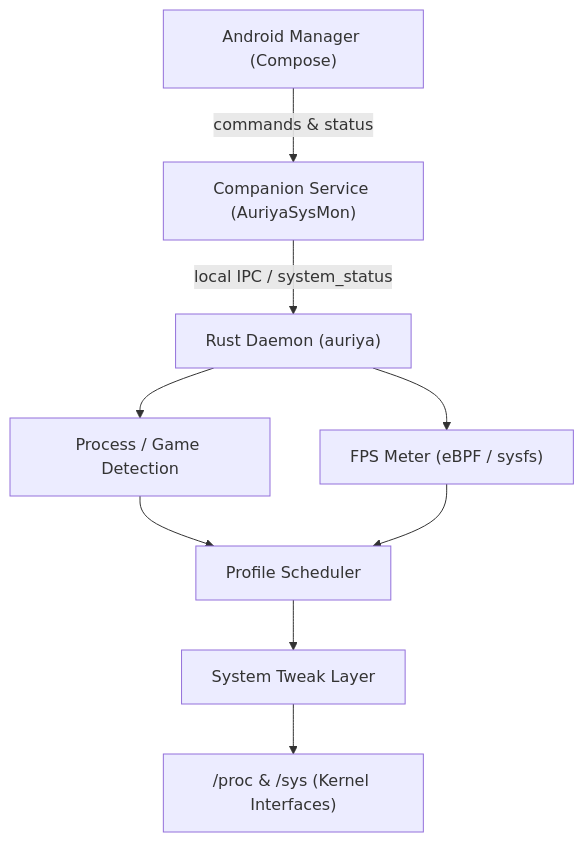
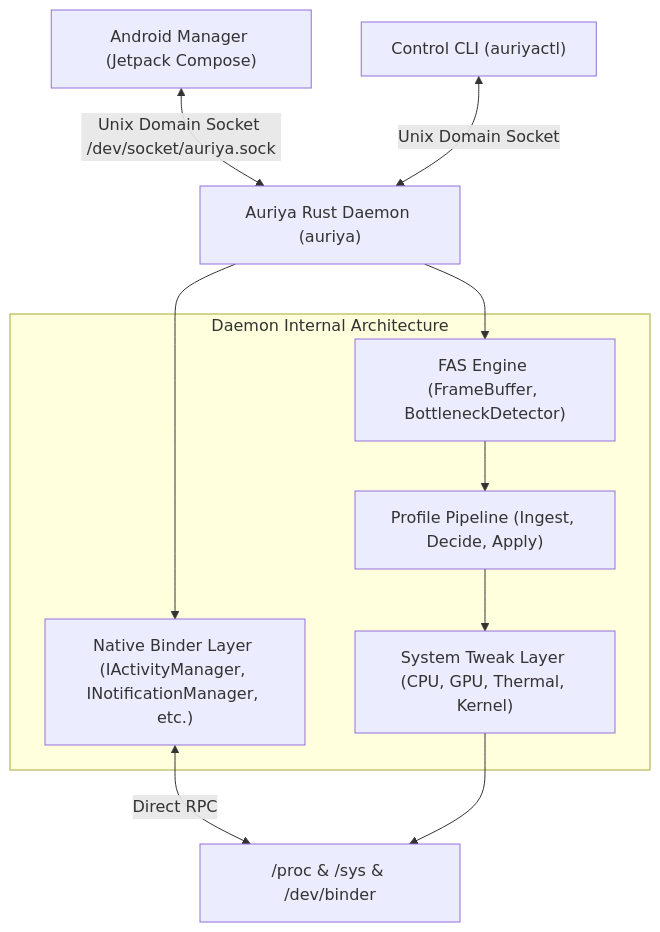
Before and after one commit to pavelc4/auriya-wiki: the first of 3 diagrams in src/content/docs/architecture/overview.md, drawn with Mermaid. The commit also changed other lines of this file and 42 other files, not shown here.

Commit message:
docs: overhaul architecture documentation for v2.2.0 Native Binder IPC

````diff
--- a/src/content/docs/architecture/overview.md
+++ b/src/content/docs/architecture/overview.md
@@ -6,20 +6,24 @@
 ```mermaid
 flowchart TD
-    app["Android Manager (Compose)"]
-    comp["Companion Service (AuriyaSysMon)"]
-    daemon["Rust Daemon (auriya)"]
-    det["Process / Game Detection"]
-    fps["FPS Meter (eBPF / sysfs)"]
-    sched["Profile Scheduler"]
-    tweaks["System Tweak Layer"]
-    kernel["/proc & /sys (Kernel Interfaces)"]
+    app["Android Manager (Jetpack Compose)"]
+    cli["Control CLI (auriyactl)"]
+    daemon["Auriya Rust Daemon (auriya)"]
 
-    app -->|commands & status| comp
-    comp -->|local IPC / system_status| daemon
-    daemon --> det
-    daemon --> fps
-    det --> sched
-    fps --> sched
+    subgraph rust_daemon ["Daemon Internal Architecture"]
+        binder["Native Binder Layer (IActivityManager, INotificationManager, etc.)"]
+        fas["FAS Engine (FrameBuffer, BottleneckDetector)"]
+        sched["Profile Pipeline (Ingest, Decide, Apply)"]
+        tweaks["System Tweak Layer (CPU, GPU, Thermal, Kernel)"]
+    end
+
+    kernel["/proc & /sys & /dev/binder"]
+
+    app <-->|Unix Domain Socket /dev/socket/auriya.sock| daemon
+    cli <-->|Unix Domain Socket| daemon
+    daemon --> binder
+    binder <-->|Direct RPC| kernel
+    daemon --> fas
+    fas --> sched
     sched --> tweaks
     tweaks --> kernel
 ```
````
